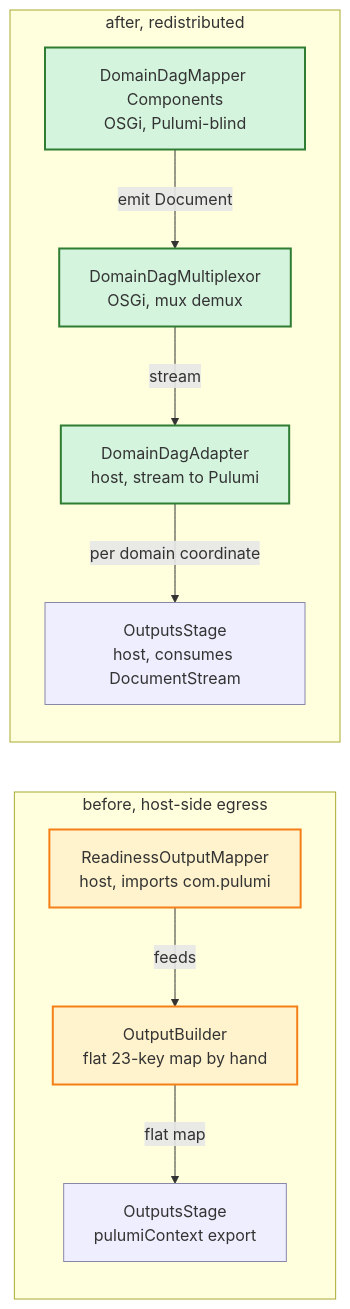
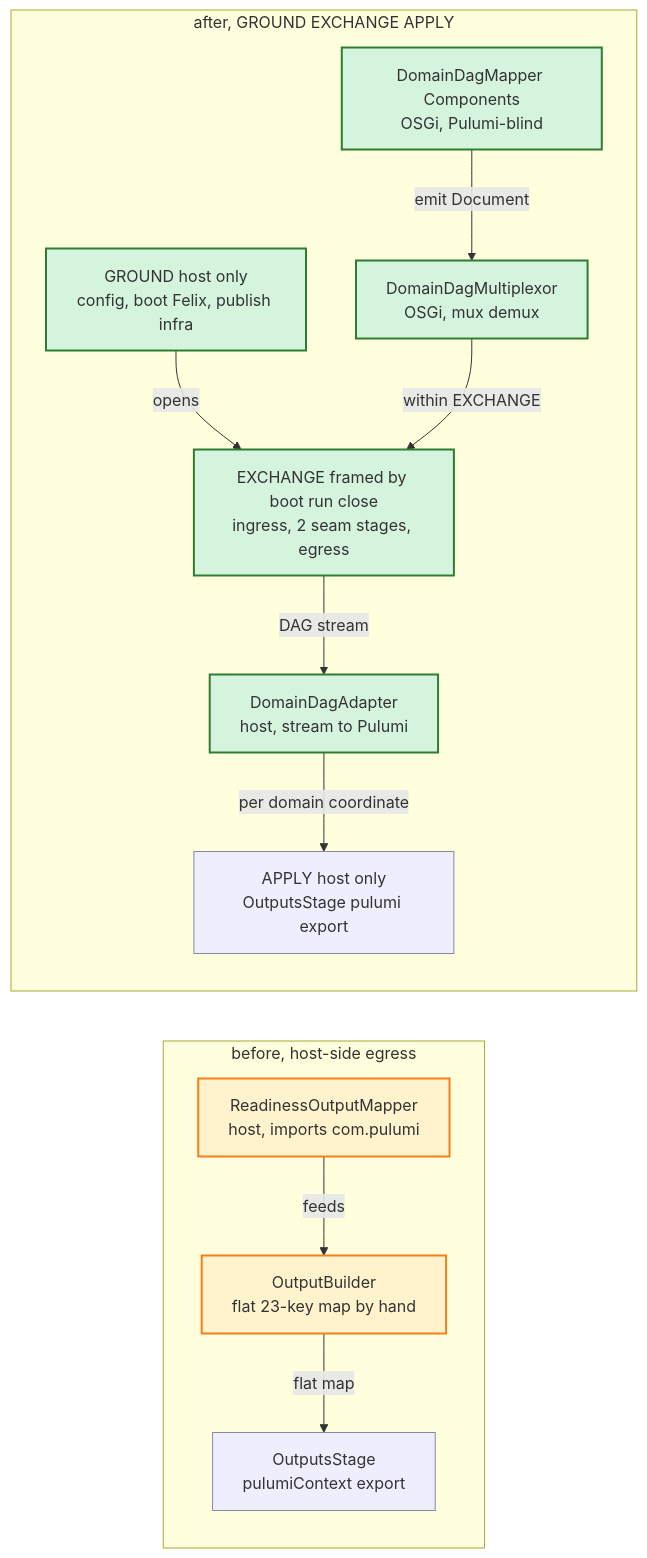
Before and after one commit to nxmatic/rke2lab: the eighth of 16 diagrams in docs/architecture/integration-atlas.adoc, drawn with Mermaid. The commit also changed other lines of this file and 9 other files, not shown here.

```diff
--- a/docs/architecture/integration-atlas.adoc
+++ b/docs/architecture/integration-atlas.adoc
@@ -572,28 +618,32 @@
 [mermaid]
 ....
 flowchart LR
     subgraph PB[before, host-side egress]
         p_map["ReadinessOutputMapper<br/>host, imports com.pulumi"]
         p_build["OutputBuilder<br/>flat 23-key map by hand"]
         p_out["OutputsStage<br/>pulumiContext export"]
         p_map -->|feeds| p_build
         p_build -->|flat map| p_out
     end
 
-    subgraph PA[after, redistributed]
+    subgraph PA[after, GROUND EXCHANGE APPLY]
+        a_ground["GROUND host only<br/>config, boot Felix, publish infra"]
+        a_exch["EXCHANGE framed by boot run close<br/>ingress, 2 seam stages, egress"]
         a_dm["DomainDagMapper Components<br/>OSGi, Pulumi-blind"]
         a_mux["DomainDagMultiplexor<br/>OSGi, mux demux"]
         a_adapter["DomainDagAdapter<br/>host, stream to Pulumi"]
-        a_outs["OutputsStage<br/>host, consumes DocumentStream"]
+        a_apply["APPLY host only<br/>OutputsStage pulumi export"]
+        a_ground -->|opens| a_exch
         a_dm -->|emit Document| a_mux
-        a_mux -->|stream| a_adapter
-        a_adapter -->|per domain coordinate| a_outs
+        a_mux -->|within EXCHANGE| a_exch
+        a_exch -->|DAG stream| a_adapter
+        a_adapter -->|per domain coordinate| a_apply
     end
 
     classDef built fill:#eef,stroke:#88a,stroke-width:1px;
     classDef new fill:#d4f4dd,stroke:#2e7d32,stroke-width:2px;
     classDef moved fill:#fff3cd,stroke:#f57f17,stroke-width:2px;
-    class p_out,a_outs built;
-    class a_dm,a_mux,a_adapter new;
+    class p_out,a_apply built;
+    class a_dm,a_mux,a_adapter,a_ground,a_exch new;
     class p_map,p_build moved;
 ....
```
